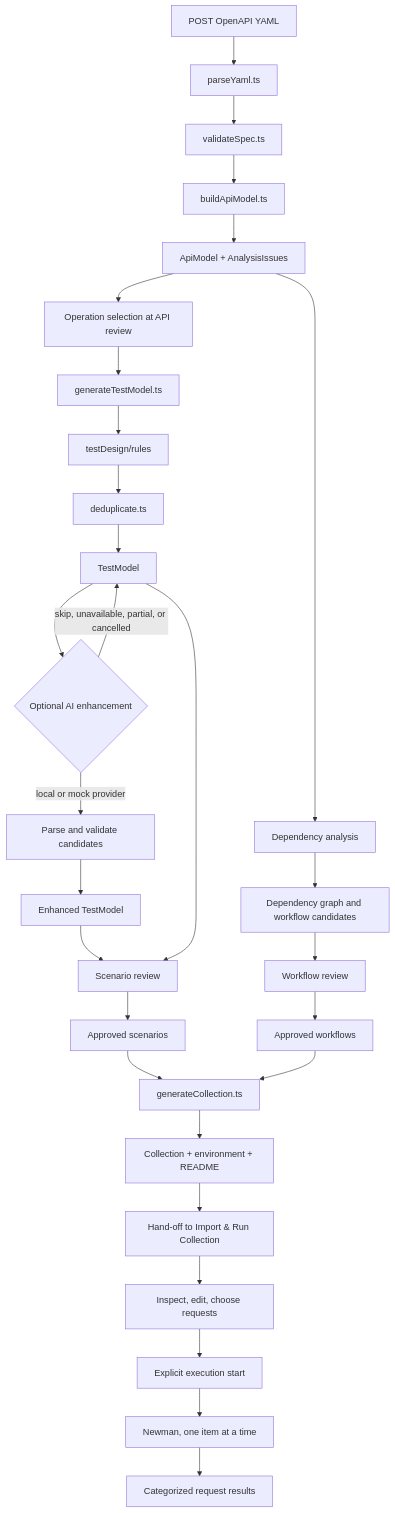
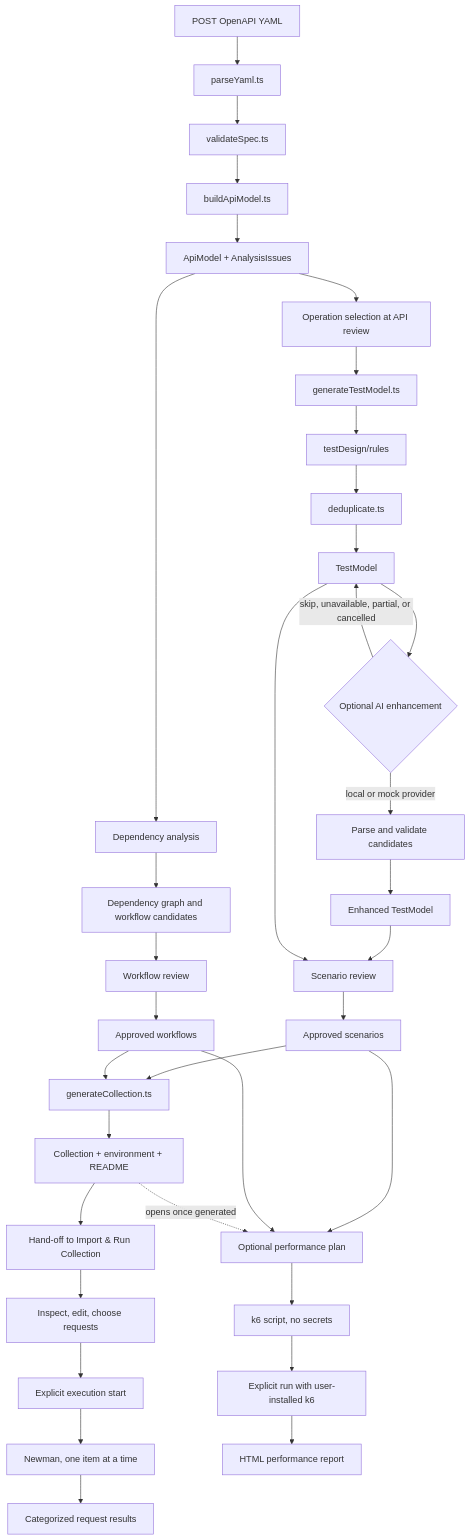
One commit to io-anurag/ApiPilot changed the second of 2 diagrams in README.md. Above: the diagram before and after it, drawn with Mermaid. The commit also changed other lines of this file and 22 other files, not shown here.

````diff
--- a/README.md
+++ b/README.md
@@ -145,31 +149,37 @@
 ```mermaid
 flowchart TD
     Upload[POST OpenAPI YAML] --> Parse[parseYaml.ts]
     Parse --> Validate[validateSpec.ts]
     Validate --> Build[buildApiModel.ts]
     Build --> APIModel[ApiModel + AnalysisIssues]
     APIModel --> Select[Operation selection at API review]
     Select --> Deterministic[generateTestModel.ts]
     Deterministic --> Rules[testDesign/rules]
     Rules --> Deduplicate[deduplicate.ts]
     Deduplicate --> Baseline[TestModel]
     Baseline --> Enhance{Optional AI enhancement}
     Enhance -->|local or mock provider| Candidates[Parse and validate candidates]
     Candidates --> Enhanced[Enhanced TestModel]
     Enhance -->|skip, unavailable, partial, or cancelled| Baseline
     Enhanced --> ScenarioReview[Scenario review]
     Baseline --> ScenarioReview
     APIModel --> Dependency[Dependency analysis]
     Dependency --> Graph[Dependency graph and workflow candidates]
     ScenarioReview --> Approved[Approved scenarios]
     Graph --> WorkflowReview[Workflow review]
     WorkflowReview --> ApprovedWorkflows[Approved workflows]
     Approved --> Export[generateCollection.ts]
     ApprovedWorkflows --> Export
     Export --> PostmanArtifacts[Collection + environment + README]
     PostmanArtifacts --> Handoff[Hand-off to Import & Run Collection]
     Handoff --> Edit[Inspect, edit, choose requests]
     Edit --> Run[Explicit execution start]
     Run --> Newman[Newman, one item at a time]
     Newman --> Results[Categorized request results]
+    Approved --> PerfPlan[Optional performance plan]
+    ApprovedWorkflows --> PerfPlan
+    PostmanArtifacts -.->|opens once generated| PerfPlan
+    PerfPlan --> K6Script[k6 script, no secrets]
+    K6Script --> K6Run[Explicit run with user-installed k6]
+    K6Run --> PerfReport[HTML performance report]
 ```
````
